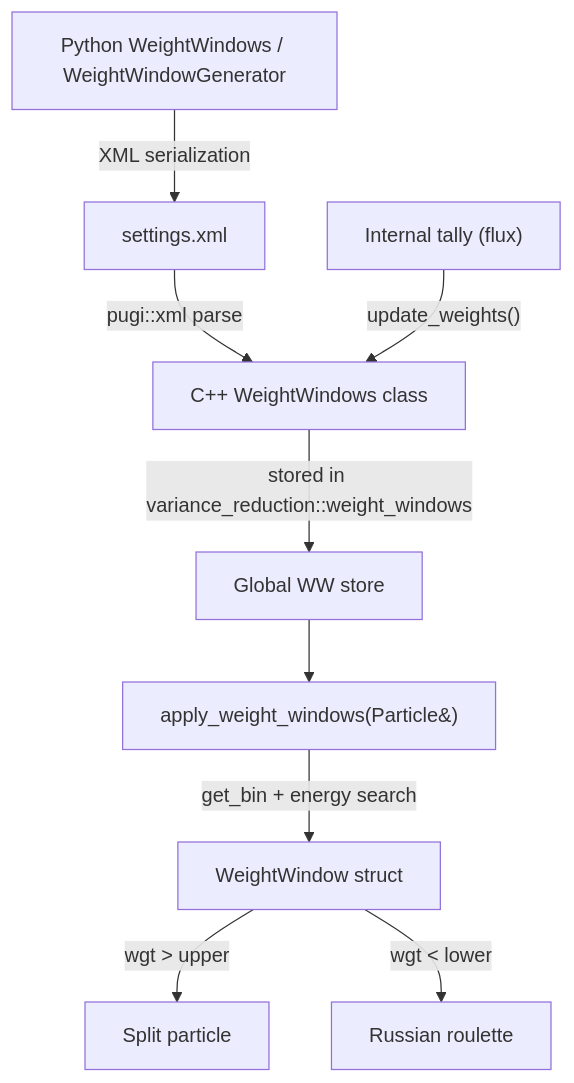
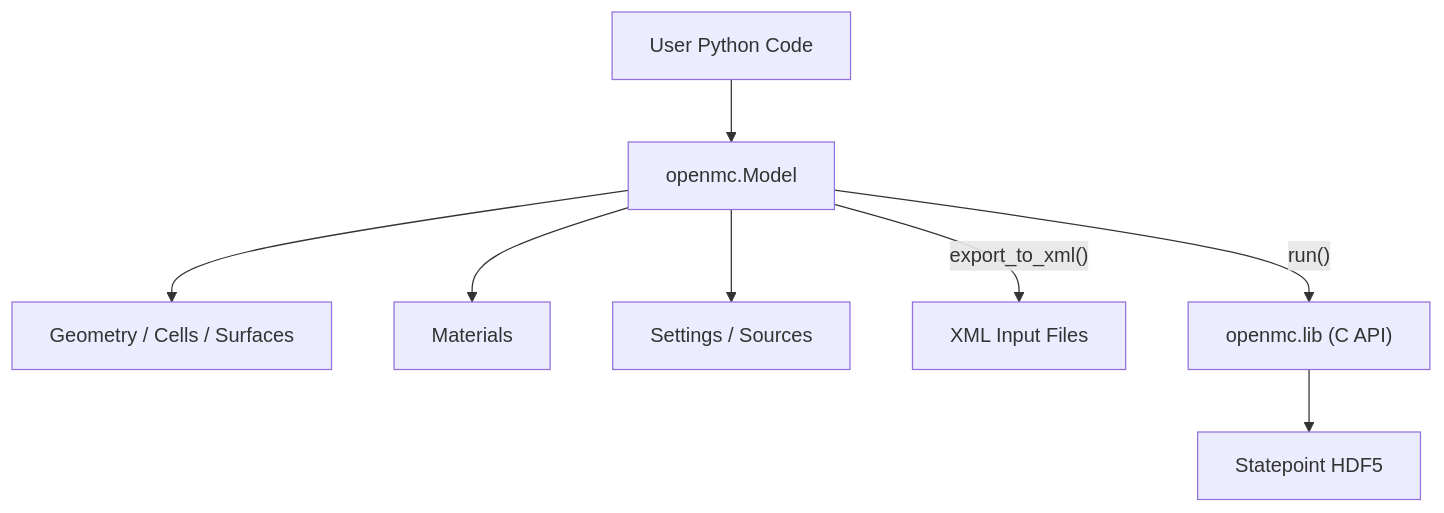
Before and after one commit to augment-solutions/deep-wikis: the tenth of 11 diagrams in src/content/wikis/openmc-dev-openmc/index.mdx, drawn with Mermaid. The commit also changed other lines of this file, not shown here.

Commit message:
deep-wiki: update openmc-dev-openmc

````diff
--- a/src/content/wikis/openmc-dev-openmc/index.mdx
+++ b/src/content/wikis/openmc-dev-openmc/index.mdx
@@ -1308,11 +1074,19 @@
 ```mermaid
 flowchart TD
-    A["Python WeightWindows / WeightWindowGenerator"] -->|"XML serialization"| B["settings.xml"]
-    B -->|"pugi::xml parse"| C["C++ WeightWindows class"]
-    C -->|"stored in variance_reduction::weight_windows"| D["Global WW store"]
-    D --> E["apply_weight_windows(Particle&)"]
-    E -->|"get_bin + energy search"| F["WeightWindow struct"]
-    F -->|"wgt > upper"| G["Split particle"]
-    F -->|"wgt < lower"| H["Russian roulette"]
-    I["Internal tally (flux)"] -->|"update_weights()"| C
+    user["User Python Code"]
+    model["openmc.Model"]
+    geo["Geometry / Cells / Surfaces"]
+    mat["Materials"]
+    src["Settings / Sources"]
+    xml["XML Input Files"]
+    capi["openmc.lib (C API)"]
+    hdf5["Statepoint HDF5"]
+
+    user --> model
+    model --> geo
+    model --> mat
+    model --> src
+    model -->|"export_to_xml()"| xml
+    model -->|"run()"| capi
+    capi --> hdf5
 ```
````
